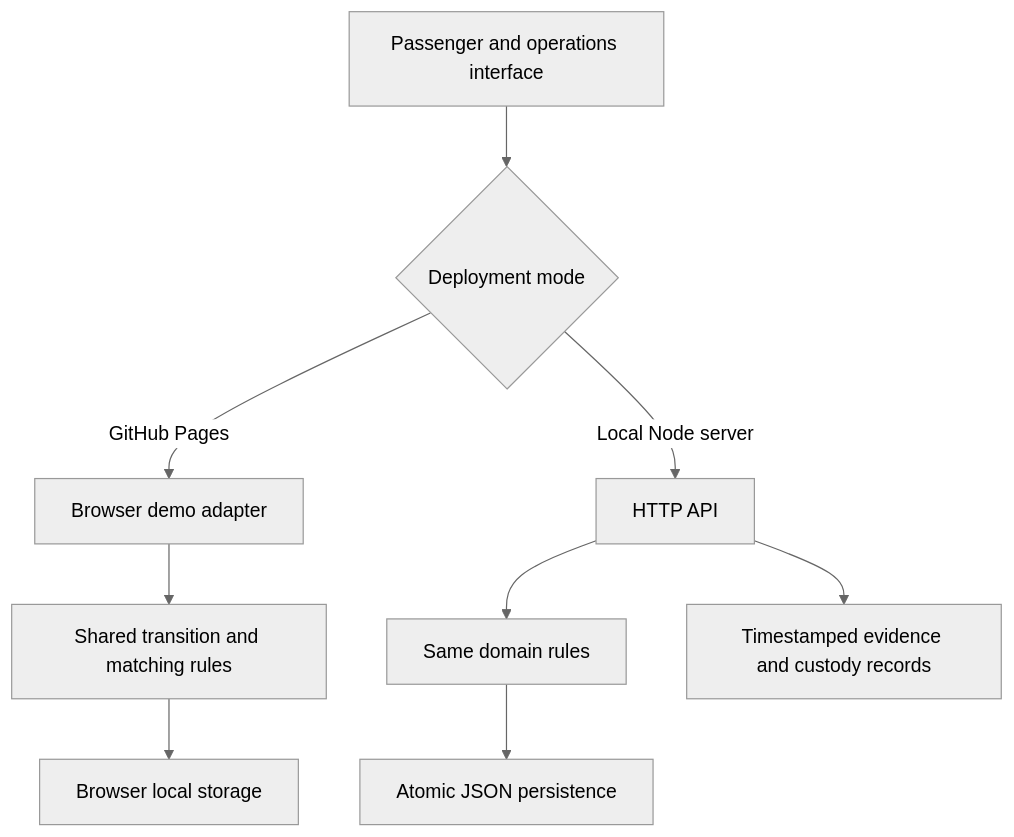
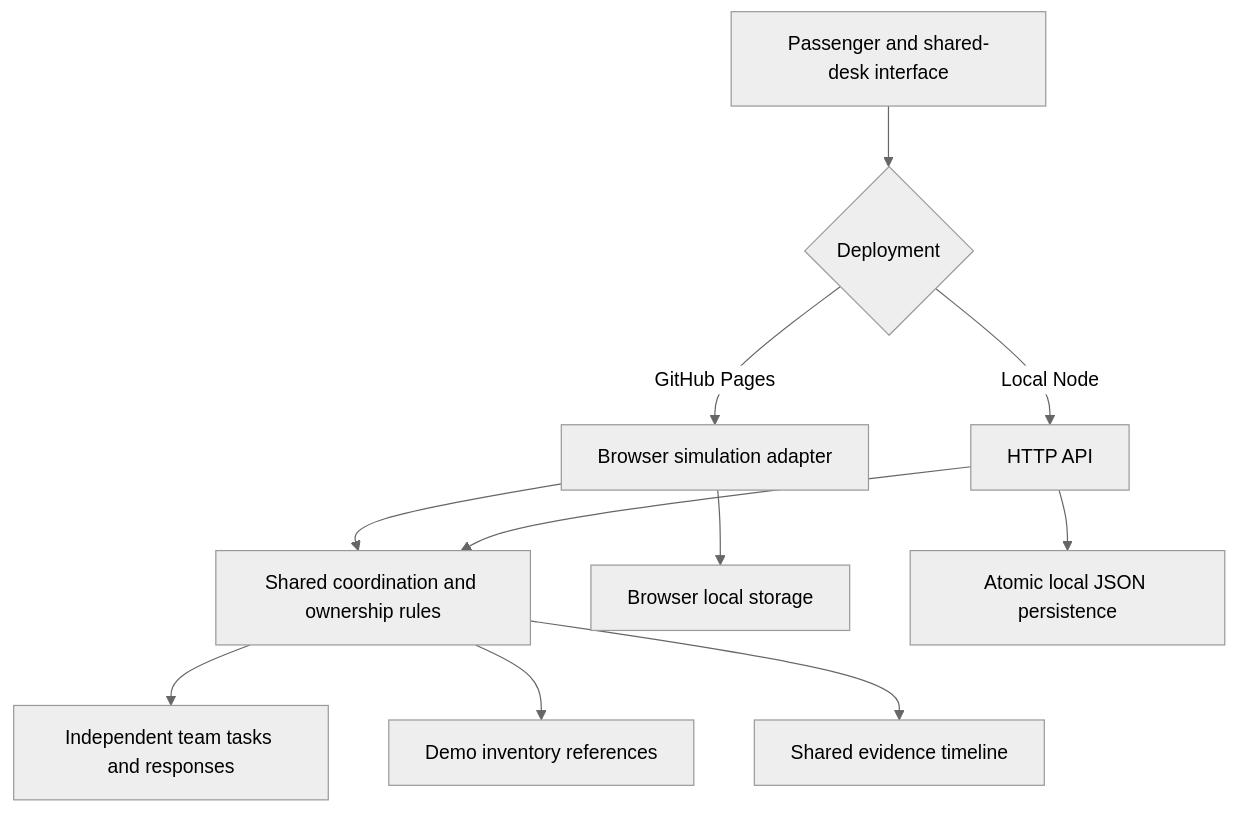
The second of 3 diagrams in README.md (Jeevan-0508/DB-Rail-Recover), drawn with Mermaid (neutral theme) before and after one commit. The commit also changed other lines of this file and 15 other files, not shown here.

Commit message:
Refocus portal and documentation on shared route-search responses

````diff
--- a/README.md
+++ b/README.md
@@ -88,11 +96,13 @@
 ```mermaid
 flowchart TD
-    UI[Passenger and operations interface] --> Mode{Deployment mode}
-    Mode -->|GitHub Pages| Browser[Browser demo adapter]
-    Browser --> Rules[Shared transition and matching rules]
-    Rules --> Storage[Browser local storage]
-    Mode -->|Local Node server| API[HTTP API]
-    API --> Domain[Same domain rules]
-    Domain --> Disk[Atomic JSON persistence]
-    API --> Events[Timestamped evidence and custody records]
+    UI[Passenger and shared-desk interface] --> Mode{Deployment}
+    Mode -->|GitHub Pages| Browser[Browser simulation adapter]
+    Mode -->|Local Node| API[HTTP API]
+    Browser --> Rules[Shared coordination and ownership rules]
+    API --> Rules
+    Rules --> Tasks[Independent team tasks and responses]
+    Rules --> Items[Demo inventory references]
+    Rules --> Events[Shared evidence timeline]
+    Browser --> Local[Browser local storage]
+    API --> Disk[Atomic local JSON persistence]
 ```
````
